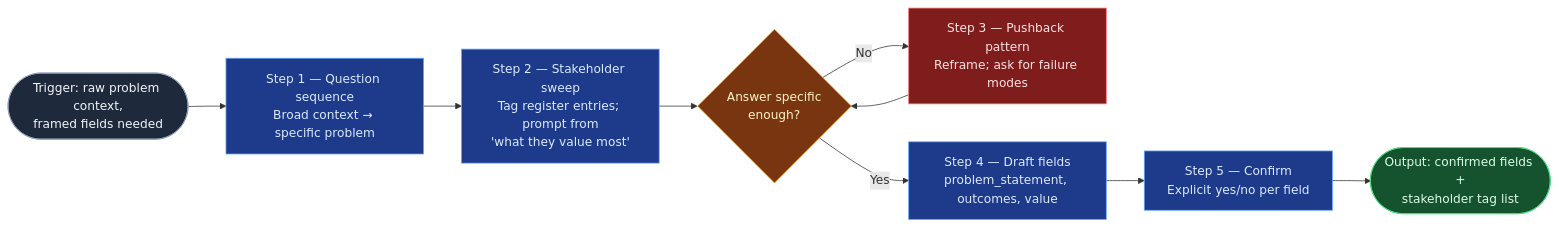
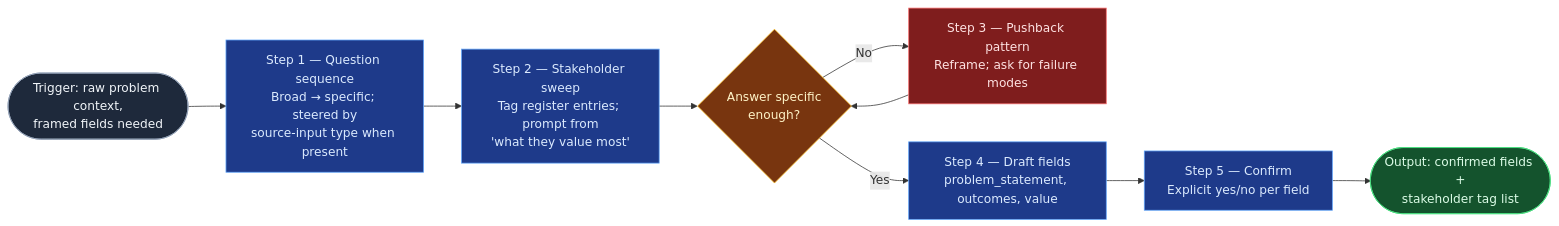
Before and after one commit to RafySauce/flow-lab: the diagram in skill-foundry/backlog-skill-starters/context-elicitation/SKILL.md, drawn with Mermaid. The commit also changed other lines of this file and 8 other files, not shown here.

````diff
--- a/skill-foundry/backlog-skill-starters/context-elicitation/SKILL.md
+++ b/skill-foundry/backlog-skill-starters/context-elicitation/SKILL.md
@@ -39,17 +39,17 @@
 ```mermaid
 flowchart LR
-    Start(["Trigger: raw problem context,<br/>framed fields needed"]):::start --> Q["Step 1 — Question sequence<br/>Broad context → specific problem"]:::process
+    Start(["Trigger: raw problem context,<br/>framed fields needed"]):::start --> Q["Step 1 — Question sequence<br/>Broad → specific; steered by<br/>source-input type when present"]:::process
     Q --> SW["Step 2 — Stakeholder sweep<br/>Tag register entries; prompt from<br/>'what they value most'"]:::process
     SW --> V{"Answer specific<br/>enough?"}:::decision
     V -->|No| PB["Step 3 — Pushback pattern<br/>Reframe; ask for failure modes"]:::halt
     PB --> V
     V -->|Yes| D["Step 4 — Draft fields<br/>problem_statement, outcomes, value"]:::process
     D --> C["Step 5 — Confirm<br/>Explicit yes/no per field"]:::process
     C --> Output(["Output: confirmed fields +<br/>stakeholder tag list"]):::output
 
     classDef start fill:#1e293b,stroke:#94a3b8,color:#f1f5f9
     classDef process fill:#1e3a8a,stroke:#60a5fa,color:#dbeafe
     classDef decision fill:#78350f,stroke:#fbbf24,color:#fef3c7
     classDef output fill:#14532d,stroke:#4ade80,color:#dcfce7
     classDef halt fill:#7f1d1d,stroke:#f87171,color:#fee2e2
 ```
````
